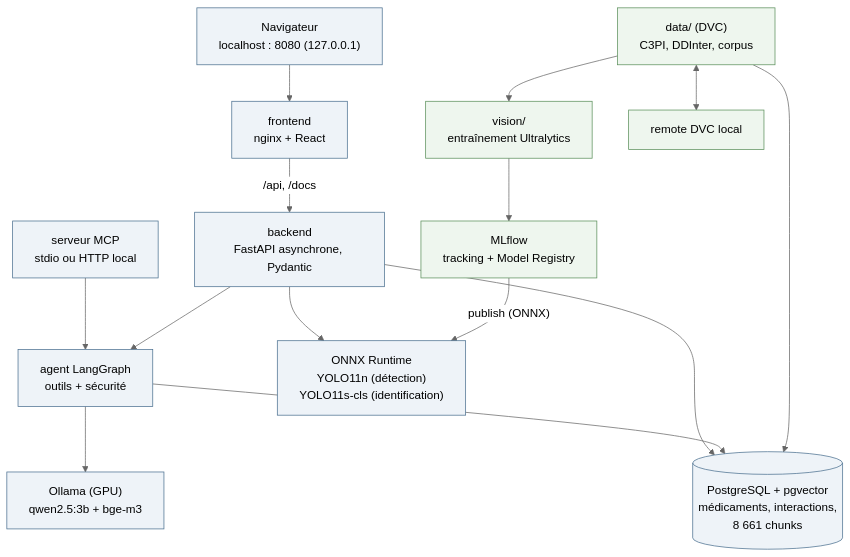
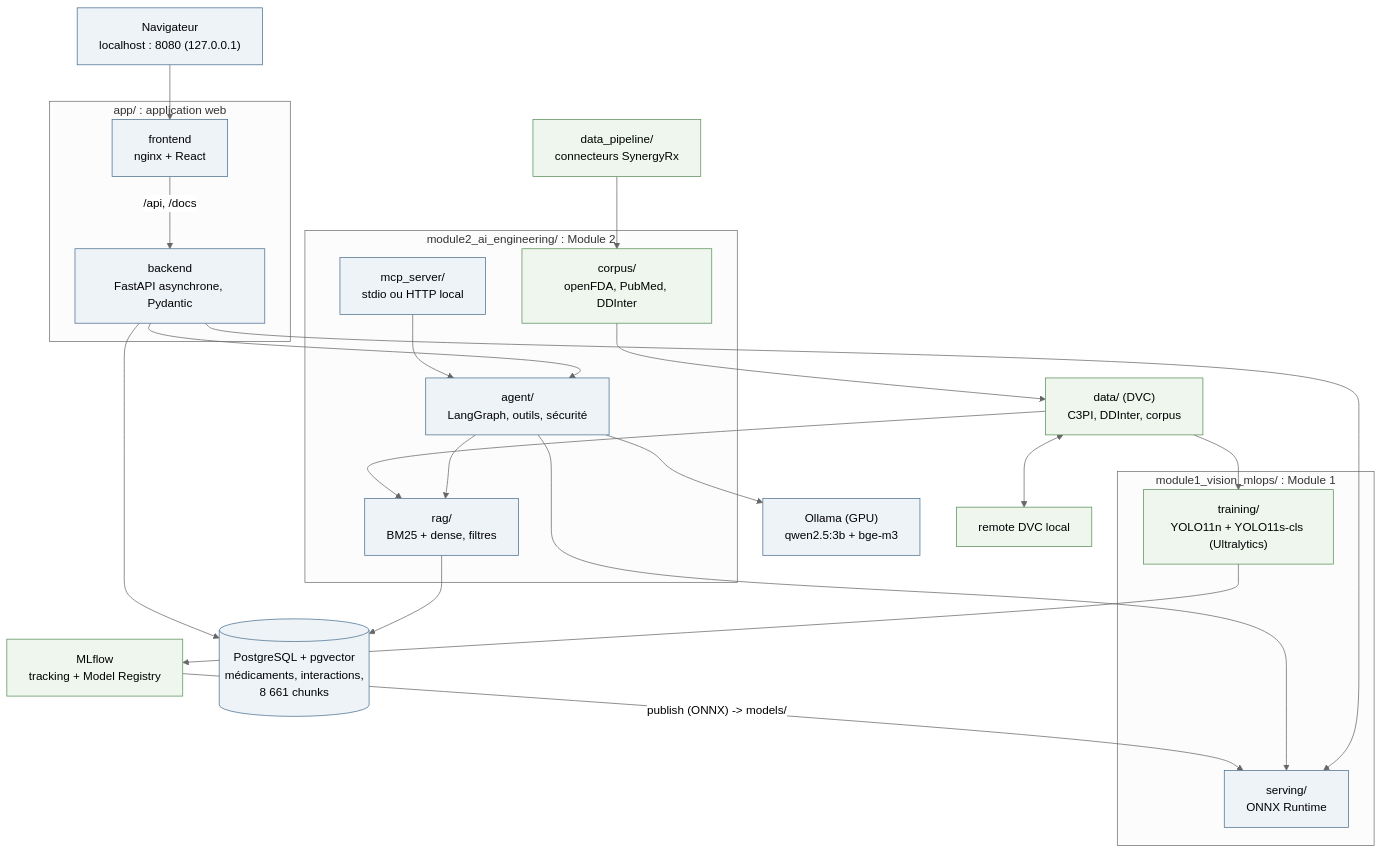
Before and after one commit to melekbouabid/syRX: the diagram in docs/diagrams/architecture.mmd, drawn with Mermaid (neutral theme). The commit also changed 3 other files, not shown here.

First line of the commit message:
docs: new root README, architecture document, CLAUDE.md for the new layout

```diff
--- a/docs/diagrams/architecture.mmd
+++ b/docs/diagrams/architecture.mmd
@@ -1,18 +1,34 @@
 flowchart TB
-  NAV["Navigateur<br/>localhost : 8080 (127.0.0.1)"] --> FE["frontend<br/>nginx + React"]
-  FE -- "/api, /docs" --> BE["backend<br/>FastAPI asynchrone, Pydantic"]
-  MCP["serveur MCP<br/>stdio ou HTTP local"] --> AG
-  BE --> SCAN["ONNX Runtime<br/>YOLO11n (détection)<br/>YOLO11s-cls (identification)"]
-  BE --> AG["agent LangGraph<br/>outils + sécurité"]
+  NAV["Navigateur<br/>localhost : 8080 (127.0.0.1)"] --> FE
+  subgraph APP["app/ : application web"]
+    FE["frontend<br/>nginx + React"] -- "/api, /docs" --> BE["backend<br/>FastAPI asynchrone, Pydantic"]
+  end
+  subgraph M1["module1_vision_mlops/ : Module 1"]
+    TR["training/<br/>YOLO11n + YOLO11s-cls (Ultralytics)"]
+    SCAN["serving/<br/>ONNX Runtime"]
+  end
+  subgraph M2["module2_ai_engineering/ : Module 2"]
+    CORP["corpus/<br/>openFDA, PubMed, DDInter"]
+    RAG["rag/<br/>BM25 + dense, filtres"]
+    AG["agent/<br/>LangGraph, outils, sécurité"]
+    MCP["mcp_server/<br/>stdio ou HTTP local"]
+  end
+  BE --> SCAN
+  BE --> AG
+  MCP --> AG
+  AG --> SCAN
+  AG --> RAG
+  RAG --> PG[("PostgreSQL + pgvector<br/>médicaments, interactions,<br/>8 661 chunks")]
+  BE --> PG
   AG --> OL["Ollama (GPU)<br/>qwen2.5:3b + bge-m3"]
-  BE --> PG[("PostgreSQL + pgvector<br/>médicaments, interactions,<br/>8 661 chunks")]
-  AG --> PG
-  DATA["data/ (DVC)<br/>C3PI, DDInter, corpus"] --> TR["vision/<br/>entraînement Ultralytics"]
+  DATA["data/ (DVC)<br/>C3PI, DDInter, corpus"] --> TR
+  PIPE["data_pipeline/<br/>connecteurs SynergyRx"] --> CORP
+  CORP --> DATA
+  DATA --> RAG
   TR --> MLF["MLflow<br/>tracking + Model Registry"]
-  MLF -- "publish (ONNX)" --> SCAN
-  DATA --> PG
+  MLF -- "publish (ONNX) -> models/" --> SCAN
   DATA <--> DVC["remote DVC local"]
   classDef ops fill:#eef6ee,stroke:#5a8f5a
   classDef app fill:#eef3f8,stroke:#4a6f8f
-  class DATA,TR,MLF,DVC ops
-  class NAV,FE,BE,SCAN,AG,OL,PG,MCP app
+  class DATA,TR,MLF,DVC,PIPE,CORP ops
+  class NAV,FE,BE,SCAN,AG,OL,PG,MCP,RAG app
```
